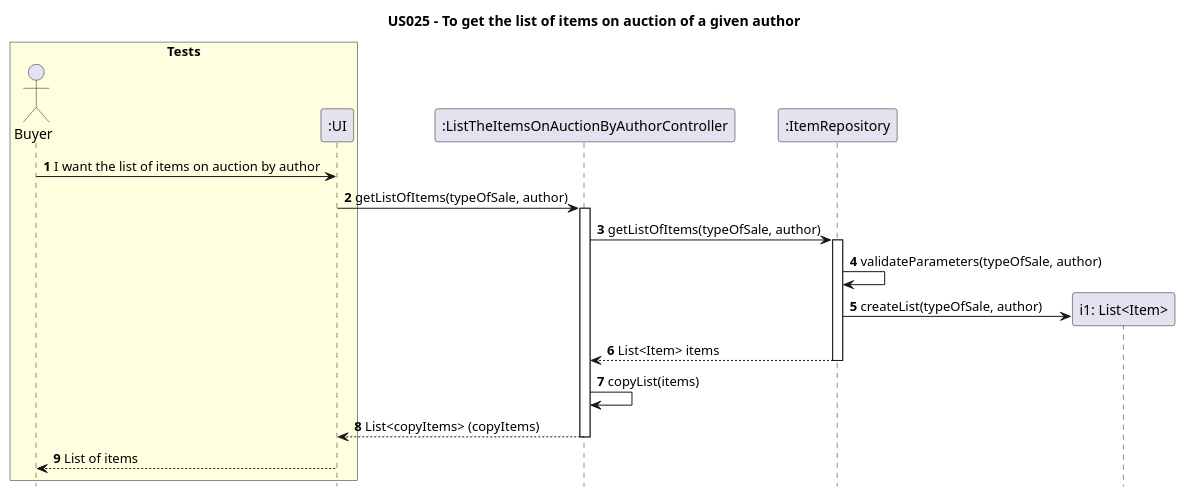
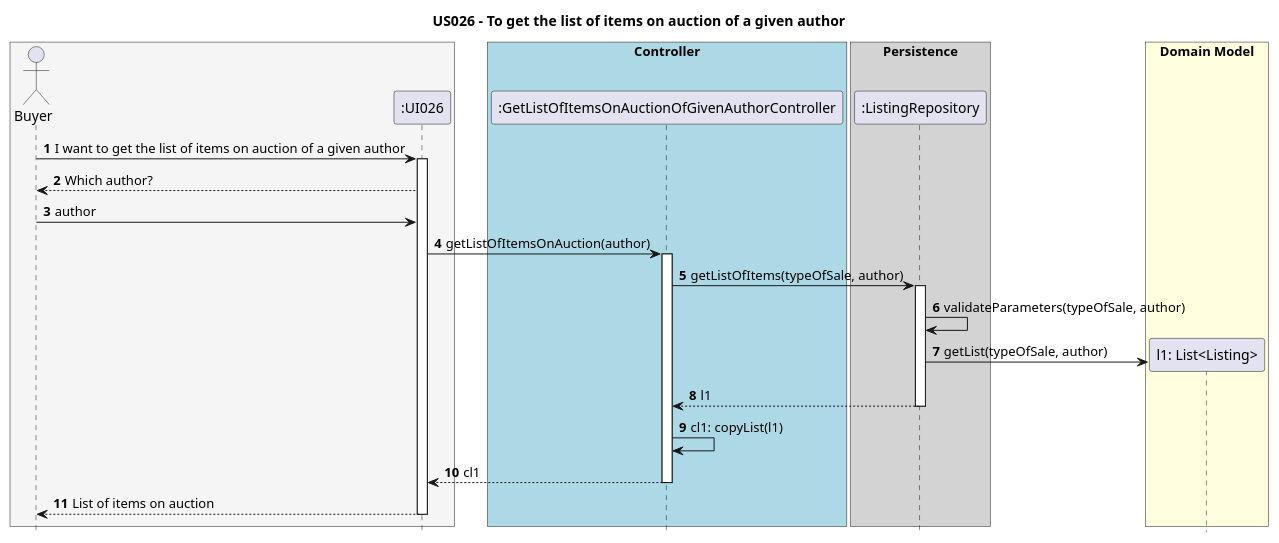
Before and after one commit to AndrePereiraGitH/SWitCH-Project-Team_A: the diagram in Diagrams/SequenceDiagrams/N2/US026-to-get-the-list-of-items-on-auction-of-a-given-author.puml, drawn with PlantUML. The commit also changed 5 other files, not shown here.

```diff
--- a/Diagrams/SequenceDiagrams/N2/US026-to-get-the-list-of-items-on-auction-of-a-given-author.puml
+++ b/Diagrams/SequenceDiagrams/N2/US026-to-get-the-list-of-items-on-auction-of-a-given-author.puml
@@ -1,39 +1,50 @@
 @startuml
 
 hide footbox
-title US025 - To get the list of items on auction of a given author
+autonumber
+title US026 - To get the list of items on auction of a given author
 
-box "Tests" #LightYellow
+box #WhiteSmoke
 actor Buyer
-participant ":UI" as UI
+participant ":UI026" as UI026
 end box
 
-participant ":ListTheItemsOnAuctionByAuthorController" as ListTheItemsOnAuctionByAuthorController
-participant ":ItemRepository" as ItemRepository
+box "Controller" #LightBlue
+participant ":GetListOfItemsOnAuctionOfGivenAuthorController" as GetListOfItemsOnAuctionOfGivenAuthorController
+end box
 
-Buyer -> UI : **1** I want the list of items on auction by author
+box "Persistence" #LightGrey
+participant ":ListingRepository" as ListingRepository
+end box
 
-UI -> ListTheItemsOnAuctionByAuthorController : **2** getListOfItems(typeOfSale, author)
-activate ListTheItemsOnAuctionByAuthorController
+Buyer -> UI026 : I want to get the list of items on auction of a given author
+activate UI026
+Buyer <-- UI026 : Which author?
+Buyer -> UI026 : author
 
-ListTheItemsOnAuctionByAuthorController -> ItemRepository : **3** getListOfItems(typeOfSale, author)
-activate ItemRepository
+UI026 -> GetListOfItemsOnAuctionOfGivenAuthorController : getListOfItemsOnAuction(author)
+activate GetListOfItemsOnAuctionOfGivenAuthorController
 
-' ItemRepository -> ItemRepository : **4** convertStringToEnum(typeOfSale, author)
+GetListOfItemsOnAuctionOfGivenAuthorController -> ListingRepository : getListOfItems(typeOfSale, author)
+activate ListingRepository
 
-ItemRepository -> ItemRepository : **4** validateParameters(typeOfSale, author)
 
-create "i1: List<Item>" as Item
-ItemRepository -> Item : **5** createList(typeOfSale, author)
+ListingRepository -> ListingRepository : validateParameters(typeOfSale, author)
 
-ItemRepository --> ListTheItemsOnAuctionByAuthorController : **6** List<Item> items
-deactivate ItemRepository
+box "Domain Model" #LightYellow
+create "l1: List<Listing>" as Listing
+ListingRepository -> Listing : getList(typeOfSale, author)
+end box
 
-ListTheItemsOnAuctionByAuthorController -> ListTheItemsOnAuctionByAuthorController : **7** copyList(items)
+ListingRepository --> GetListOfItemsOnAuctionOfGivenAuthorController : l1
+deactivate ListingRepository
 
-ListTheItemsOnAuctionByAuthorController --> UI : **8** List<copyItems> (copyItems)
-deactivate ListTheItemsOnAuctionByAuthorController
+GetListOfItemsOnAuctionOfGivenAuthorController -> GetListOfItemsOnAuctionOfGivenAuthorController : cl1: copyList(l1)
 
-UI --> Buyer : **9** List of items
+GetListOfItemsOnAuctionOfGivenAuthorController --> UI026 : cl1
+deactivate GetListOfItemsOnAuctionOfGivenAuthorController
+
+UI026 --> Buyer : List of items on auction
+deactivate UI026
 
 @enduml
```
